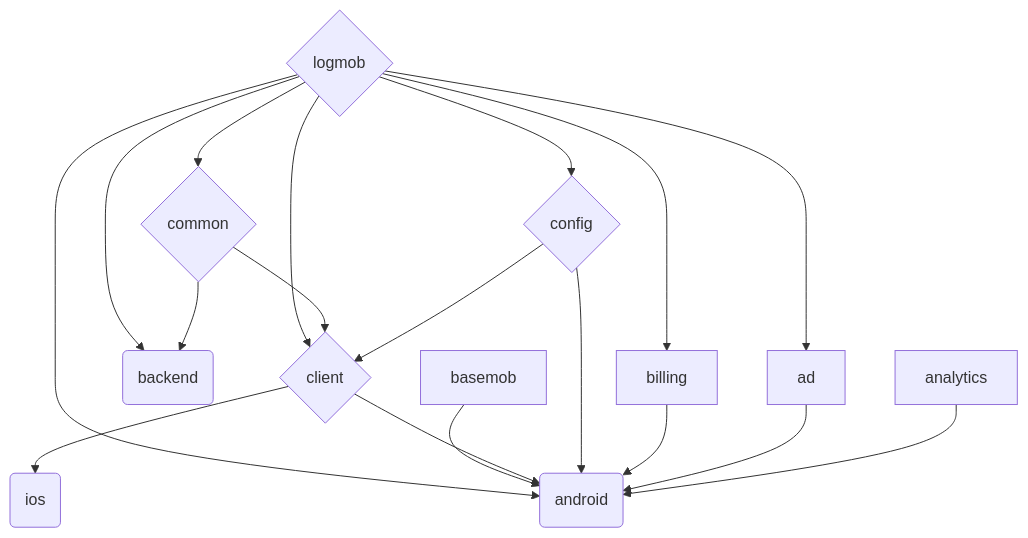
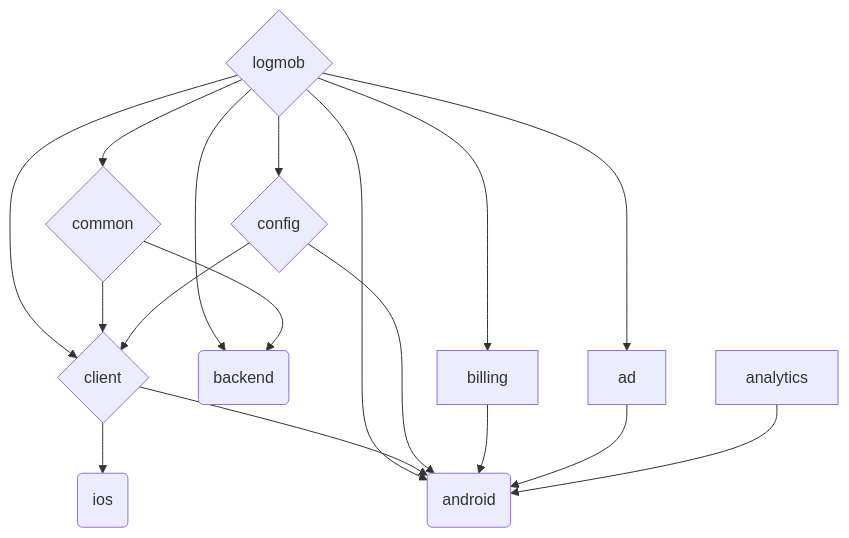
Before and after one commit to Oztechan/CCC: the first of 2 diagrams in README.md, drawn with Mermaid. The commit also changed 6 other files, not shown here.

````diff
--- a/README.md
+++ b/README.md
@@ -85,32 +85,30 @@
 ```mermaid
 graph TD;
 
 logmob{logmob}-->config
 logmob-->ad
 logmob-->android
 logmob-->backend
 logmob-->billing
 logmob-->client
 logmob-->common
-
-basemob-->android
 
 client{client}-->android
 client-->ios
 
 common{common}-->client
 common-->backend
 
 config{config}-->android
 config-->client
 
 billing-->android
 
 ad-->android
 
 analytics-->android
 
 backend(backend)
 android(android)
 ios(ios)
 ```
````
